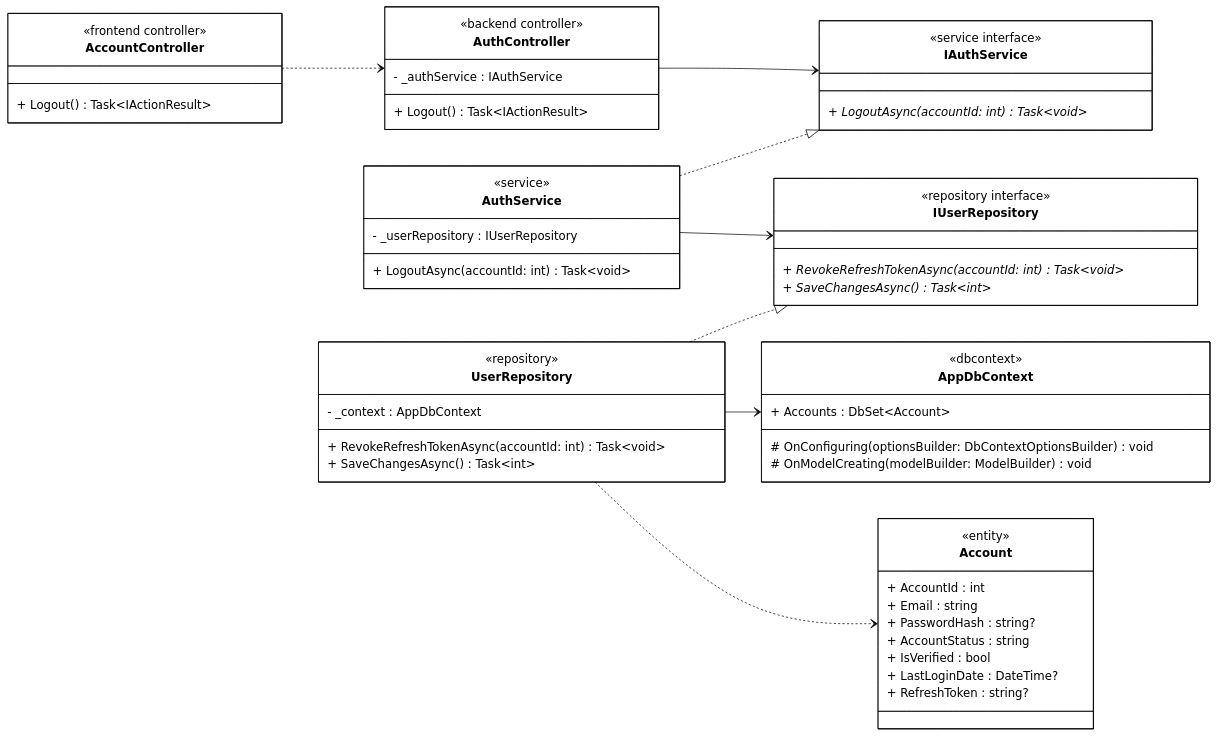
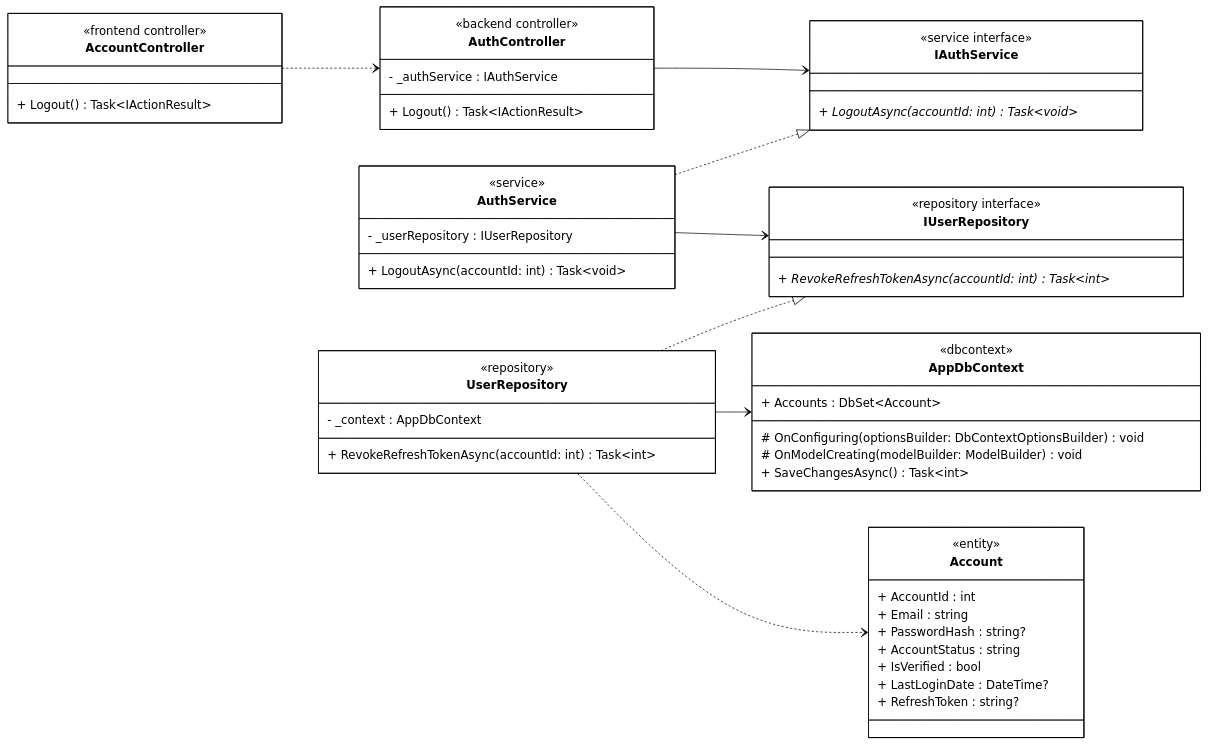
The diagram in diagrams/class_mermaid/auth/cls_mm_logout.mmd (1000do/Linked), drawn with Mermaid (base theme) before and after one commit. The commit also changed 28 other files, not shown here.

Commit message:
fix class synced sequence

```diff
--- a/diagrams/class_mermaid/auth/cls_mm_logout.mmd
+++ b/diagrams/class_mermaid/auth/cls_mm_logout.mmd
@@ -1,92 +1,91 @@
 classDiagram
 direction LR
 
 %% ==================== FRONTEND ====================
 
 class AccountController {
     <<frontend controller>>
     + Logout() Task~IActionResult~
 }
 
 %% ==================== BACKEND - CONTROLLER ====================
 
 class AuthController {
     <<backend controller>>
     - _authService : IAuthService
     
     + Logout() Task~IActionResult~
 }
 
 %% ==================== BACKEND - DOMAIN ENTITIES ====================
 
 class Account {
     <<entity>>
     + AccountId : int
     + Email : string
     + PasswordHash : string?
     + AccountStatus : string
     + IsVerified : bool
     + LastLoginDate : DateTime?
     + RefreshToken : string?
 }
 
 %% ==================== BACKEND - SERVICE INTERFACES ====================
 
 class IAuthService {
     <<service interface>>
     + LogoutAsync(accountId: int) Task~void~ *
 }
 
 class IUserRepository {
     <<repository interface>>
-    + RevokeRefreshTokenAsync(accountId: int) Task~void~ *
-    + SaveChangesAsync() Task~int~ *
+    + RevokeRefreshTokenAsync(accountId: int) Task~int~ *
 }
 
 %% ==================== BACKEND - SERVICE IMPLEMENTATION ====================
 
 class AuthService {
     <<service>>
     - _userRepository : IUserRepository
     
     + LogoutAsync(accountId: int) Task~void~
 }
 
 %% ==================== BACKEND - REPOSITORY IMPLEMENTATION ====================
 
 class UserRepository {
     <<repository>>
     - _context : AppDbContext
     
-    + RevokeRefreshTokenAsync(accountId: int) Task~void~
-    + SaveChangesAsync() Task~int~
+    + RevokeRefreshTokenAsync(accountId: int) Task~int~
 }
 
 %% ==================== BACKEND - DbContext ====================
 
 class AppDbContext {
     <<dbcontext>>
     + Accounts : DbSet~Account~
     
     # OnConfiguring(optionsBuilder: DbContextOptionsBuilder) void
     # OnModelCreating(modelBuilder: ModelBuilder) void
+    + SaveChangesAsync() Task~int~
 }
 
 %% ==================== RELATIONSHIPS ====================
 
 %% === UNIDIRECTIONAL ASSOCIATION (solid arrow) ===
 AuthController --> IAuthService
 AuthService --> IUserRepository
 UserRepository --> AppDbContext
 
 %% === INTERFACE REALIZATION ===
 AuthService ..|> IAuthService
 UserRepository ..|> IUserRepository
 
 %% === DEPENDENCY (dashed arrows) ===
 AccountController ..> AuthController
 UserRepository ..> Account
 
 %% ==================== STYLES ====================
 
 classDef default fill:#FFFFFF,stroke:#000000,stroke-width:1px,color:#000000
```
